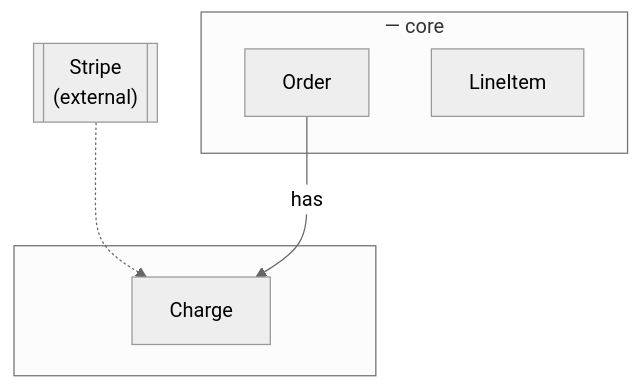
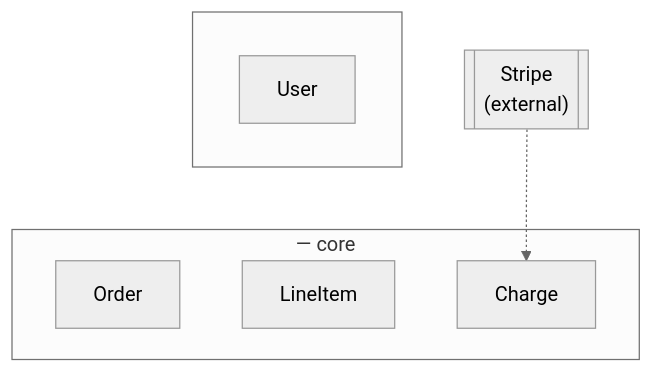
One commit to guygrigsby/claude-plugins changed the first of 3 diagrams in plugins/ddd/skills/domain-driven-design/templates/domain-model.md. Above: the diagram before and after it, drawn with Mermaid (neutral theme). The commit also changed other lines of this file and 5 other files, not shown here.

````diff
--- a/plugins/ddd/skills/domain-driven-design/templates/domain-model.md
+++ b/plugins/ddd/skills/domain-driven-design/templates/domain-model.md
@@ -25,12 +14,11 @@
 ```mermaid
 flowchart TB
     subgraph AC["<context> — core"]
-        Order; LineItem
+        Order; LineItem; Charge
     end
-    subgraph BC["<context>"]
-        Charge
+    subgraph BC["<other context>"]
+        User
     end
 
     VENDOR[["Stripe<br/>(external)"]] -.-> Charge
-    Order -->|has| Charge
 ```
````
